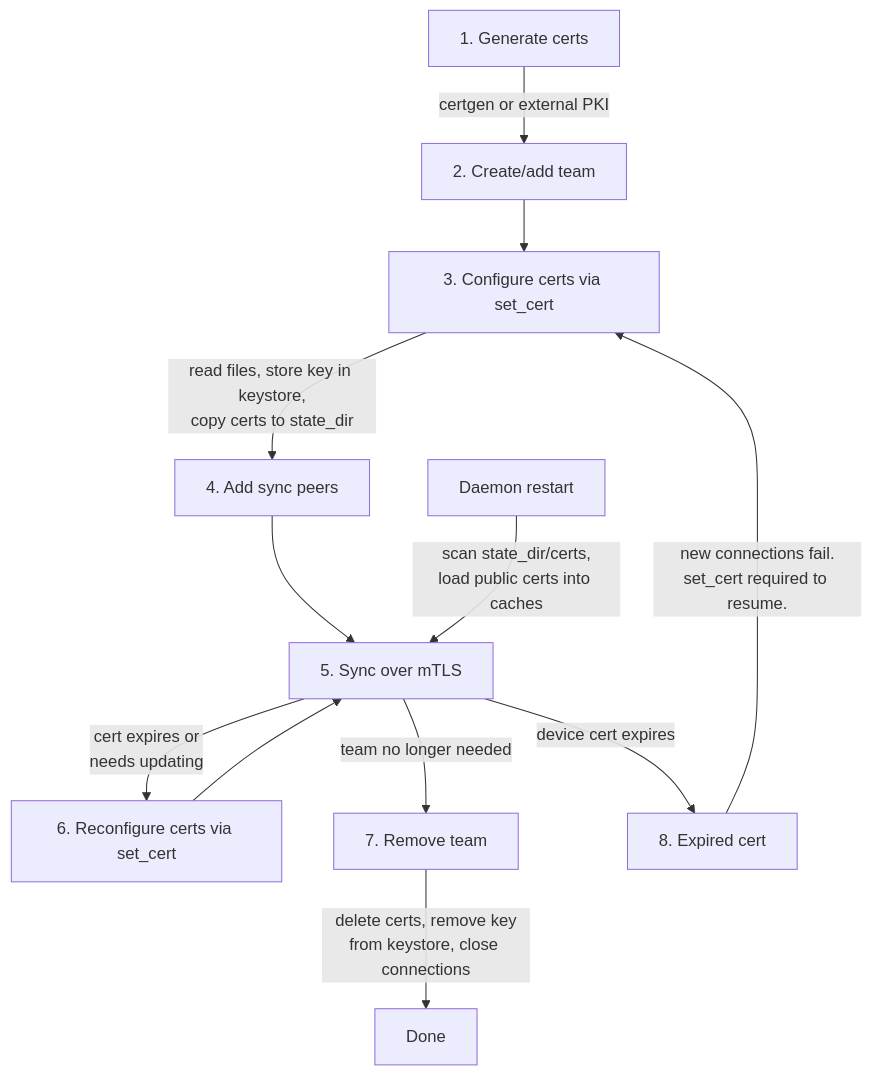
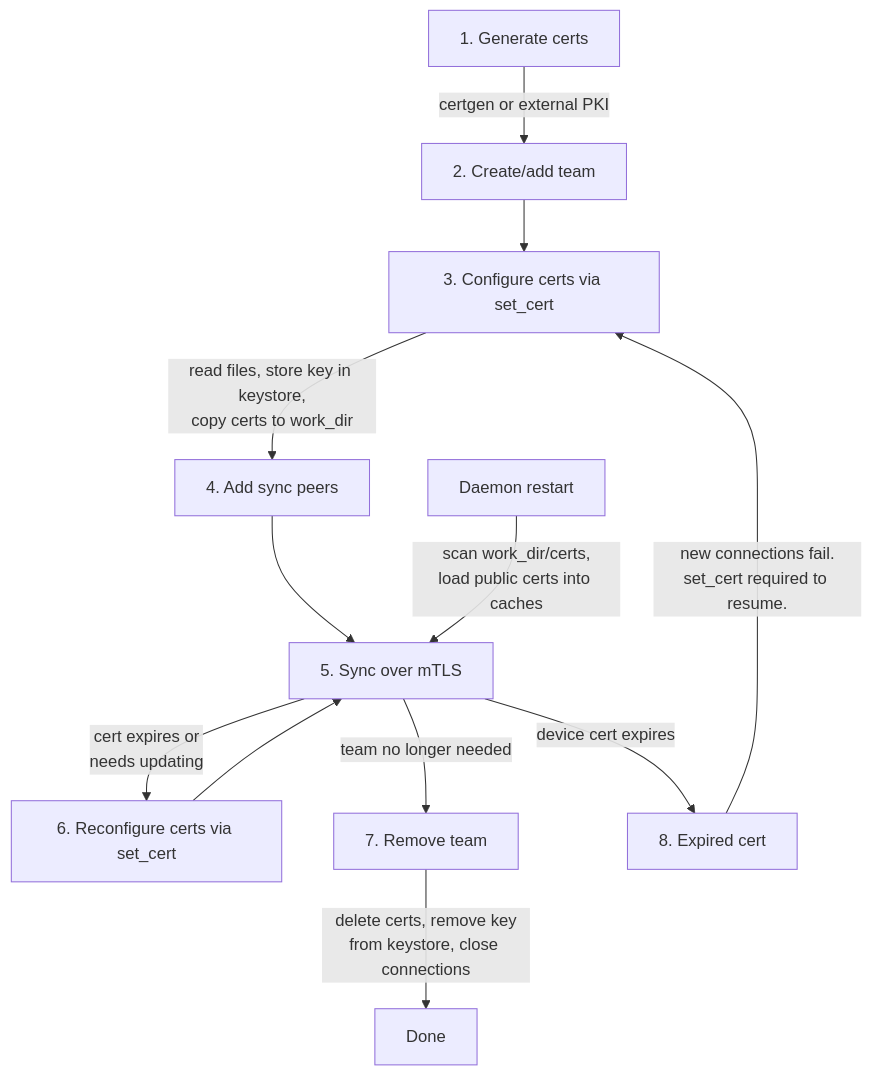
Before and after one commit to aranya-project/aranya-docs: the diagram in docs/mtls.md, drawn with Mermaid. The commit also changed other lines of this file, not shown here.

Commit message:
docs: rename state_dir to work_dir

````diff
--- a/docs/mtls.md
+++ b/docs/mtls.md
@@ -70,16 +70,16 @@
 ```mermaid
 flowchart TD
     A[1. Generate certs] -->|certgen or external PKI| B[2. Create/add team]
     B --> C[3. Configure certs via set_cert]
-    C -->|read files, store key in keystore,<br/>copy certs to state_dir| D[4. Add sync peers]
+    C -->|read files, store key in keystore,<br/>copy certs to work_dir| D[4. Add sync peers]
     D --> E[5. Sync over mTLS]
     E -->|cert expires or<br/>needs updating| F[6. Reconfigure certs via set_cert]
     F --> E
     E -->|team no longer needed| G[7. Remove team]
     G -->|delete certs, remove key<br/>from keystore, close connections| H[Done]
 
-    I[Daemon restart] -->|scan state_dir/certs,<br/>load public certs into caches| E
+    I[Daemon restart] -->|scan work_dir/certs,<br/>load public certs into caches| E
 
     E -->|device cert expires| J[8. Expired cert]
     J -->|new connections fail.<br/>set_cert required to resume.| C
 ```
````
